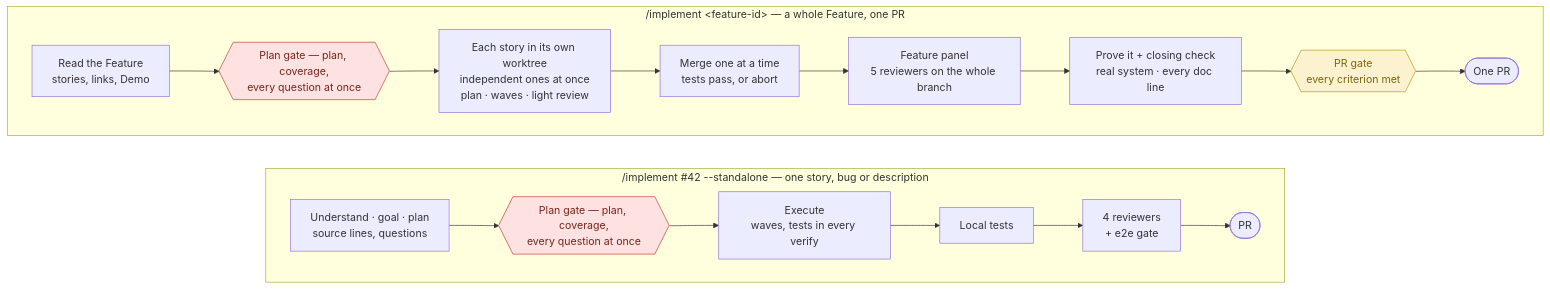
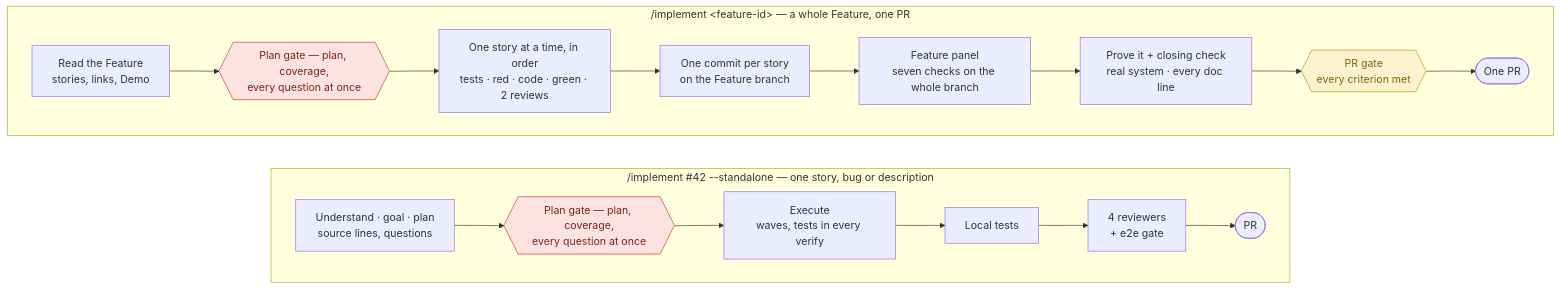
One commit to anudeeps28/claude-code-harness changed the first of 4 diagrams in README.md. Above: the diagram before and after it, drawn with Mermaid. The commit also changed other lines of this file and 18 other files, not shown here.

First line of the commit message:
docs: architecture, ADR-0005 and the installer match the new build

````diff
--- a/README.md
+++ b/README.md
@@ -16,29 +16,29 @@
 ```mermaid
 flowchart TB
     subgraph F["/implement &lt;feature-id&gt; — a whole Feature, one PR"]
         direction LR
         F1["Read the Feature<br/>stories, links, Demo"] --> F2{{"Plan gate — plan, coverage,<br/>every question at once"}}
-        F2 --> F3["Each story in its own worktree<br/>independent ones at once<br/>plan · waves · light review"]
-        F3 --> F4["Merge one at a time<br/>tests pass, or abort"]
-        F4 --> F5["Feature panel<br/>5 reviewers on the whole branch"]
+        F2 --> F3["One story at a time, in order<br/>tests · red · code · green · 2 reviews"]
+        F3 --> F4["One commit per story<br/>on the Feature branch"]
+        F4 --> F5["Feature panel<br/>seven checks on the whole branch"]
         F5 --> F6["Prove it + closing check<br/>real system · every doc line"]
         F6 --> F7{{"PR gate<br/>every criterion met"}}
         F7 --> F8(["One PR"])
     end
 
     subgraph S["/implement #42 --standalone — one story, bug or description"]
         direction LR
         S1["Understand · goal · plan<br/>source lines, questions"] --> S2{{"Plan gate — plan, coverage,<br/>every question at once"}}
         S2 --> S3["Execute<br/>waves, tests in every verify"]
         S3 --> S4["Local tests"]
         S4 --> S5["4 reviewers<br/>+ e2e gate"]
         S5 --> S7(["PR"])
     end
 
     F ~~~ S
 
     classDef stop fill:#fde2e1,stroke:#c0392b,color:#7b241c
     classDef gate fill:#fdf2d0,stroke:#b7950b,color:#7d6608
     class F2,S2 stop
     class F7 gate
 ```
````
